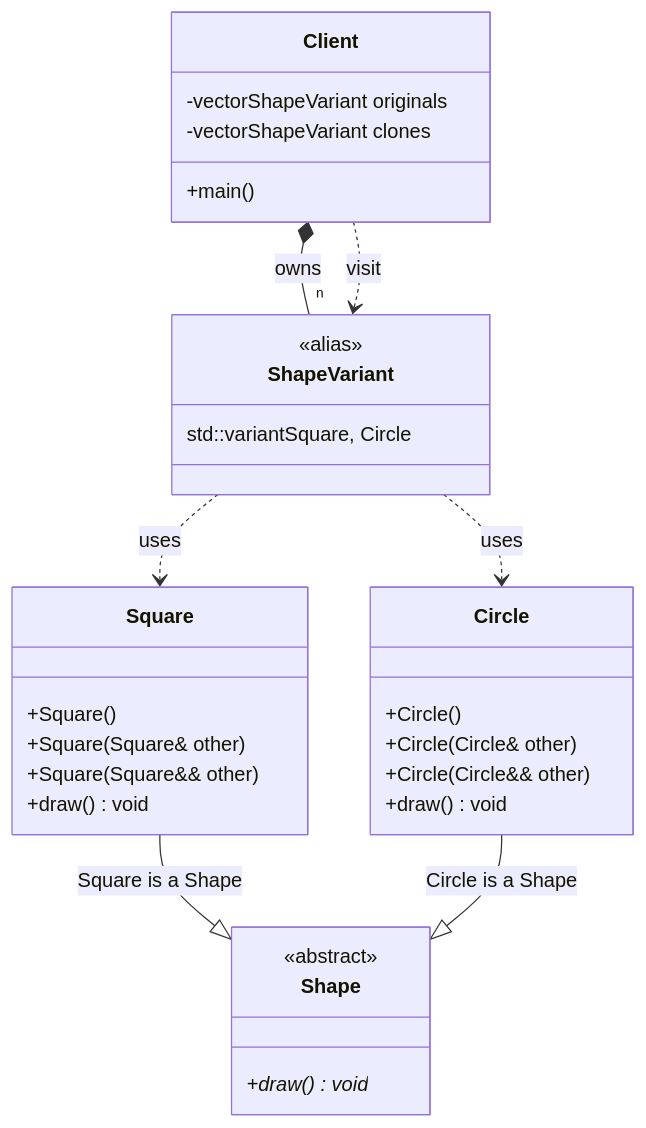
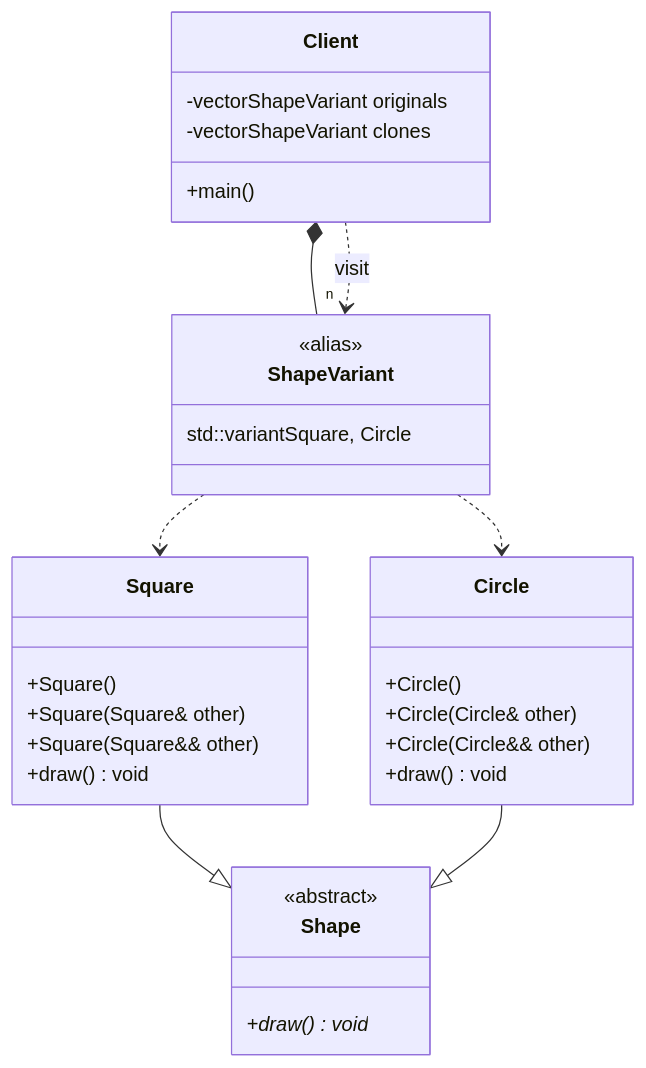
One commit to MarioGalindoQ/Modern-CPP-Design-Patterns changed the diagram in 31_Variant/02_VariantValueClone/diagram.md. Above: the diagram before and after it, drawn with Mermaid.

Commit message:
Improving Variant Examples

````diff
--- a/31_Variant/02_VariantValueClone/diagram.md
+++ b/31_Variant/02_VariantValueClone/diagram.md
@@ -3,46 +3,46 @@
 ```mermaid
 classDiagram
    class Shape {
       <<abstract>>
       +draw()* void
    }
 
    class Square {
       +Square()
       +Square(Square& other)
       +Square(Square&& other)
       +draw() void
    }
 
    class Circle {
       +Circle()
       +Circle(Circle& other)
       +Circle(Circle&& other)
       +draw() void
    }
 
    class ShapeVariant {
       <<alias>>
       std::variantSquare, Circle
    }
 
    class Client {
       +main()
       -vectorShapeVariant originals
       -vectorShapeVariant clones
    }
 
    %% Relationships
-   Square --|> Shape : Square is a Shape
-   Circle --|> Shape : Circle is a Shape
+   Square --|> Shape
+   Circle --|> Shape
 
-   ShapeVariant ..> Square : uses
-   ShapeVariant ..> Circle : uses
+   ShapeVariant ..> Square
+   ShapeVariant ..> Circle
 
    %% The Client owns the collection of variants by value
-   Client *-- "n" ShapeVariant : owns
+   Client *-- "n" ShapeVariant
 
    %% Interaction via std::visit
    Client ..> ShapeVariant : visit
 
 ```
````
